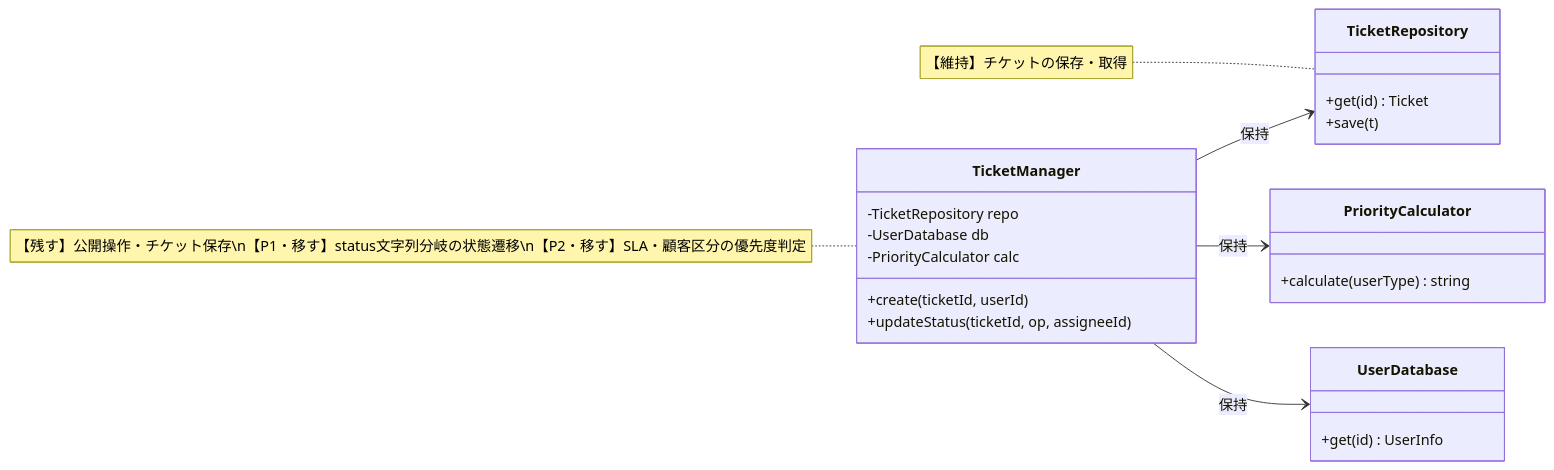
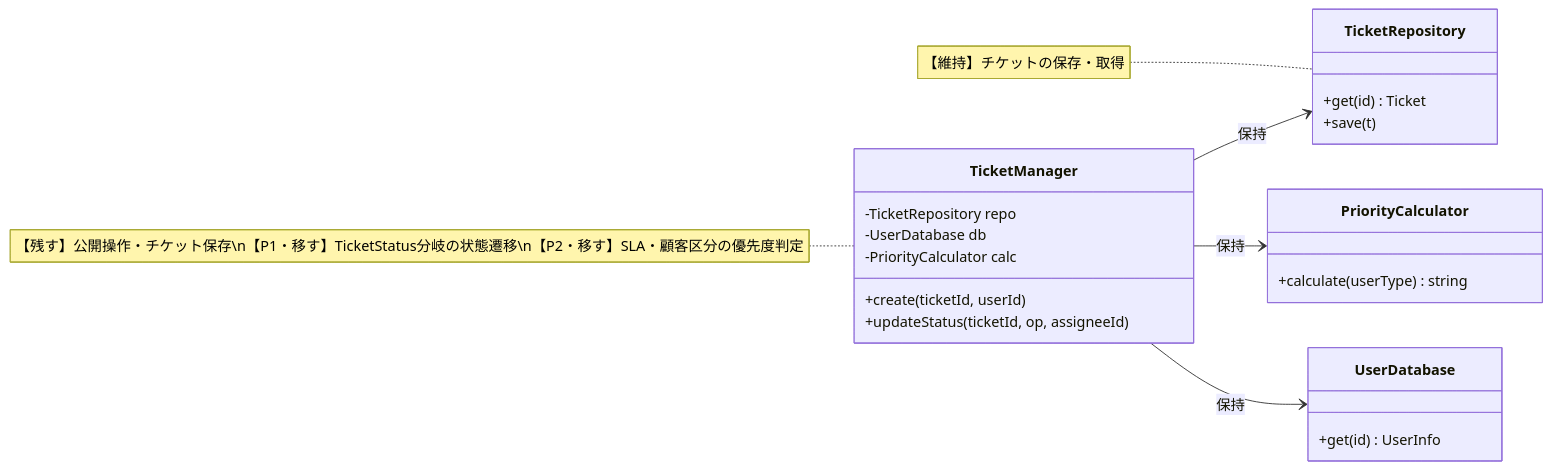
Before and after one commit to kumachan1101-pixel/DesignPattern: the seventh of 15 diagrams in kindle/design-patterns/output/chapter09_2.md, drawn with Mermaid. The commit also changed other lines of this file and 14 other files, not shown here.

Commit message:
全章の仕様図と変更対象外基盤を整合

````diff
--- a/kindle/design-patterns/output/chapter09_2.md
+++ b/kindle/design-patterns/output/chapter09_2.md
@@ -853,30 +978,30 @@
 ```mermaid
 classDiagram
     direction LR
     class TicketManager {
         -TicketRepository repo
         -UserDatabase db
         -PriorityCalculator calc
         +create(ticketId, userId)
         +updateStatus(ticketId, op, assigneeId)
     }
     class TicketRepository {
         +get(id) Ticket
         +save(t)
     }
     class PriorityCalculator {
         +calculate(userType) string
     }
     class UserDatabase {
         +get(id) UserInfo
     }
     TicketManager --> TicketRepository : 保持
     TicketManager --> PriorityCalculator : 保持
     TicketManager --> UserDatabase : 保持
 
-    note for TicketManager "【残す】公開操作・チケット保存\n【P1・移す】status文字列分岐の状態遷移\n【P2・移す】SLA・顧客区分の優先度判定"
+    note for TicketManager "【残す】公開操作・チケット保存\n【P1・移す】TicketStatus分岐の状態遷移\n【P2・移す】SLA・顧客区分の優先度判定"
     note for TicketRepository "【維持】チケットの保存・取得"
 
     classDef focus fill:#FFF2CC,stroke:#D6B656,stroke-width:2px,color:#222222
     cssClass "TicketManager" focus
 ```
````
